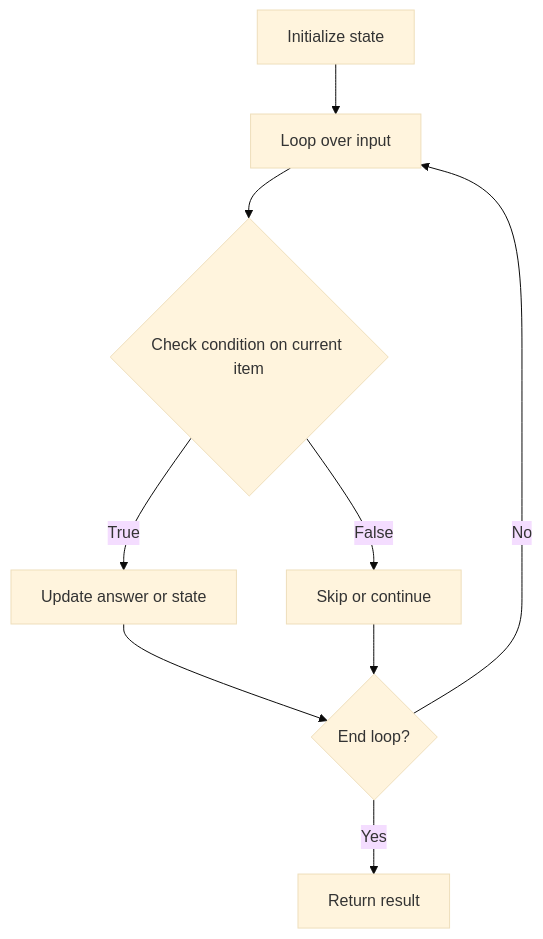
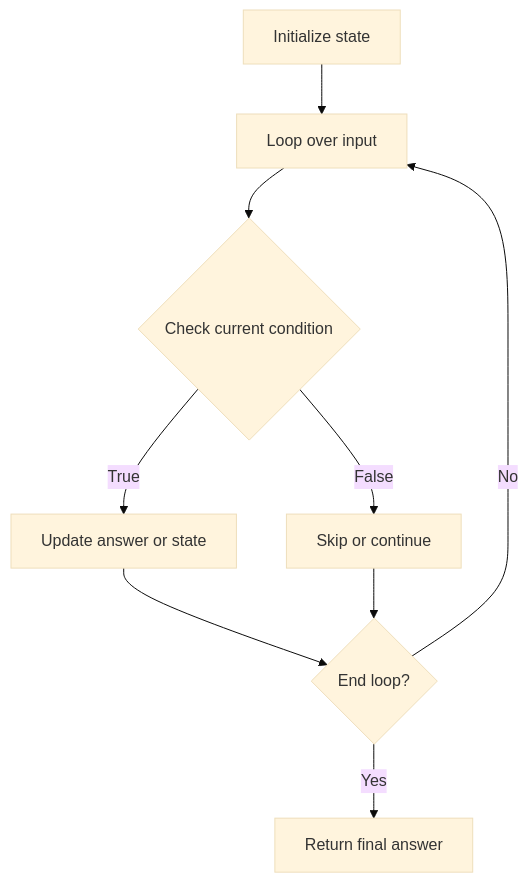
Before and after one commit to keshav-poojary/Leetcode: the diagram in NeetCode-Submissions/03.sliding-window/01.best-time-to-buy-and-sell-stocks/readme.md, drawn with Mermaid (base theme). The commit also changed other lines of this file and 121 other files, not shown here.

````diff
--- a/NeetCode-Submissions/03.sliding-window/01.best-time-to-buy-and-sell-stocks/readme.md
+++ b/NeetCode-Submissions/03.sliding-window/01.best-time-to-buy-and-sell-stocks/readme.md
@@ -34,11 +34,11 @@
 ```mermaid
 flowchart TD
     A[Initialize state] --> B[Loop over input]
-    B --> C{Check condition on current item}
+    B --> C{Check current condition}
     C -- True --> D[Update answer or state]
     C -- False --> E[Skip or continue]
     D --> F{End loop?}
     E --> F
     F -- No --> B
-    F -- Yes --> G[Return result]
+    F -- Yes --> G[Return final answer]
 ```
````
